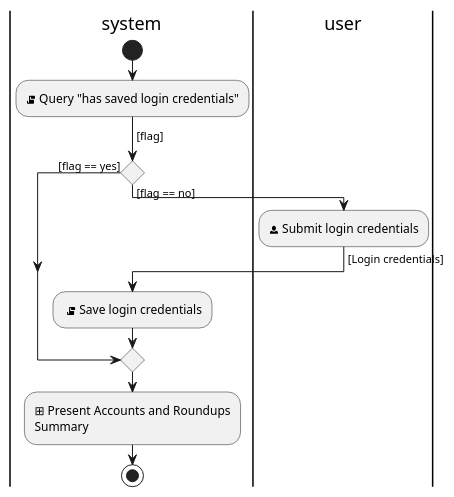
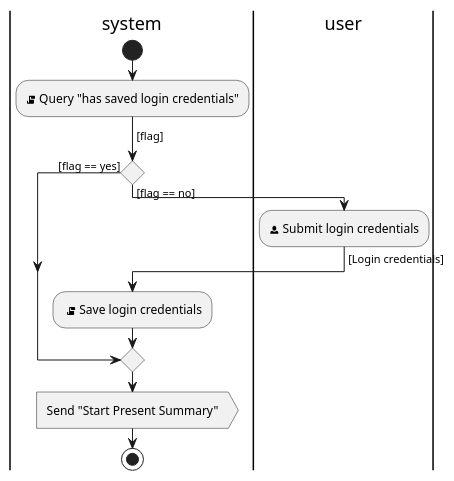
Before and after one commit to hristo-stefanov/MiniBankingDemo: the diagram in diagrams/Startup Activity Diagram.puml, drawn with PlantUML. The commit also changed 1 other file, not shown here.

```diff
--- a/diagrams/Startup Activity Diagram.puml
+++ b/diagrams/Startup Activity Diagram.puml
@@ -1,18 +1,17 @@
 @startuml
 'https://plantuml.com/activity-diagram-beta
 |system|
 start
 :<&script> Query "has saved login credentials";
 -> [flag];
 if () then ([flag == yes])
 else ([flag == no])
     |user|
     :<&person> Submit login credentials;
     -> [Login credentials];
     |system|
     : <&script> Save login credentials;
 endif
-    :⊞ Present Accounts and Roundups
-    Summary;
+    :Send "Start Present Summary"; <<output>>
     stop;
 @enduml
```
